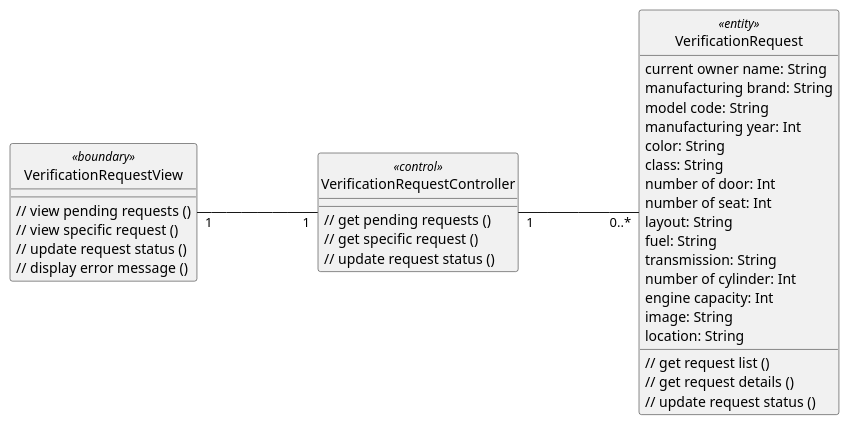
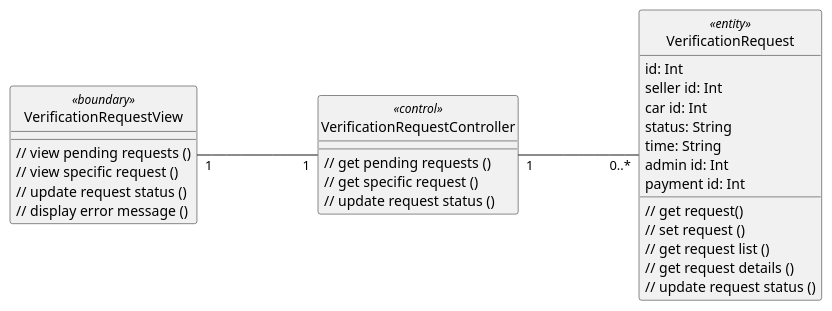
Before and after one commit to anhbanlinhle/velocity-exchange: the diagram in uml/analysis/class/approve_car_for_auction.puml, drawn with PlantUML. The commit also changed 5 other files, not shown here.

```diff
--- a/uml/analysis/class/approve_car_for_auction.puml
+++ b/uml/analysis/class/approve_car_for_auction.puml
@@ -1,49 +1,42 @@
 @startuml 
 left to right direction
 skinparam classAttributeIconSize 0
 skinparam linetype ortho
 hide circle
 class VerificationRequestView <<boundary>> {
     // view pending requests ()
     // view specific request ()
     // update request status ()
     // display error message ()
 
     }
 
 class VerificationRequestController <<control>> {
     // get pending requests ()
     // get specific request ()
     // update request status ()
 
     }
 
 class VerificationRequest <<entity>> {
-    current owner name: String
-    manufacturing brand: String
-    model code: String
-    manufacturing year: Int
-    color: String
-    class: String
-    number of door: Int
-    number of seat: Int
-    layout: String
-    fuel: String
-    transmission: String
-    number of cylinder: Int
-    engine capacity: Int
-    image: String
-    location: String
-
+    id: Int
+    seller id: Int
+    car id: Int
+    status: String
+    time: String
+    admin id: Int
+    payment id: Int
+    // get request()
+    // set request ()
     // get request list ()
     // get request details ()
     // update request status ()
     }
 
 
 VerificationRequestView "1" --- "1" VerificationRequestController
 
 VerificationRequestController "1" --- "0..*" VerificationRequest
 
 
 @enduml
```
